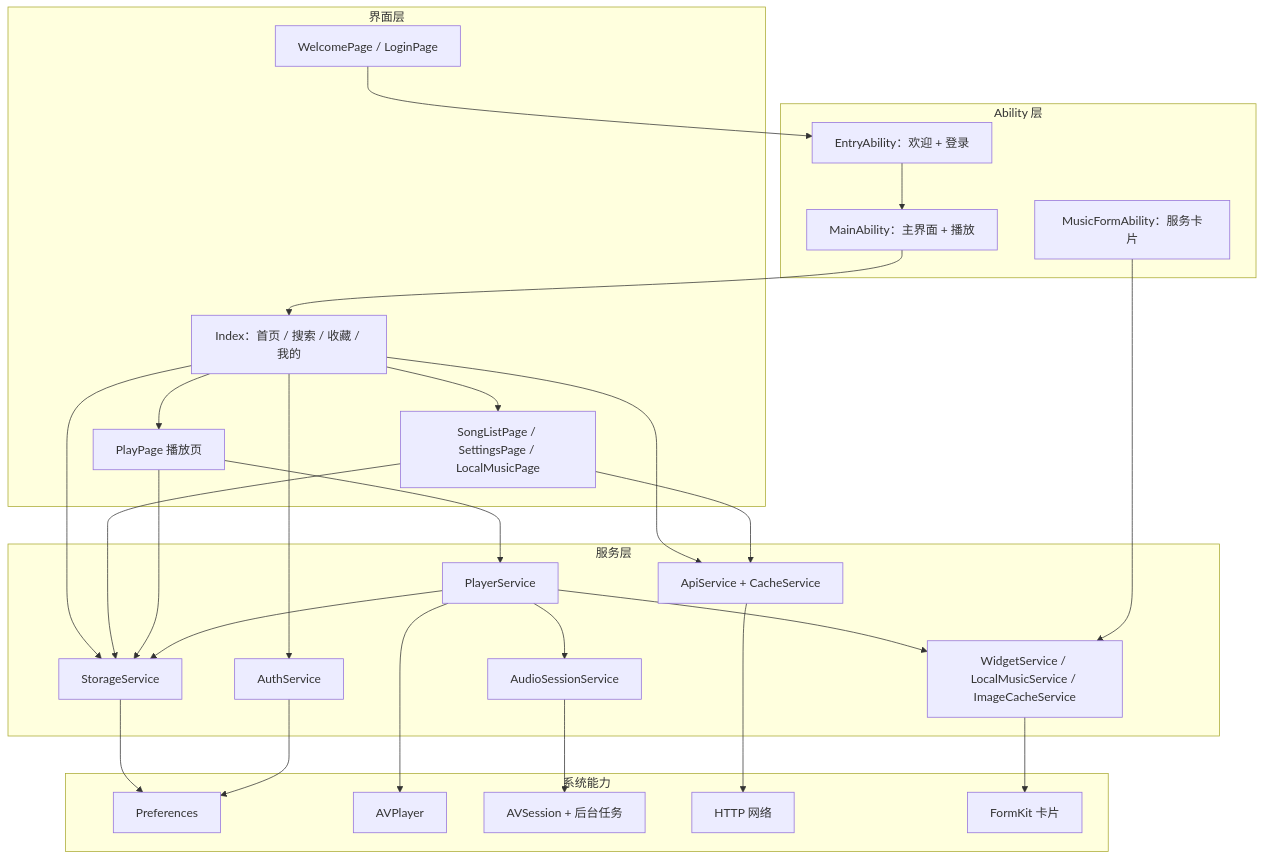
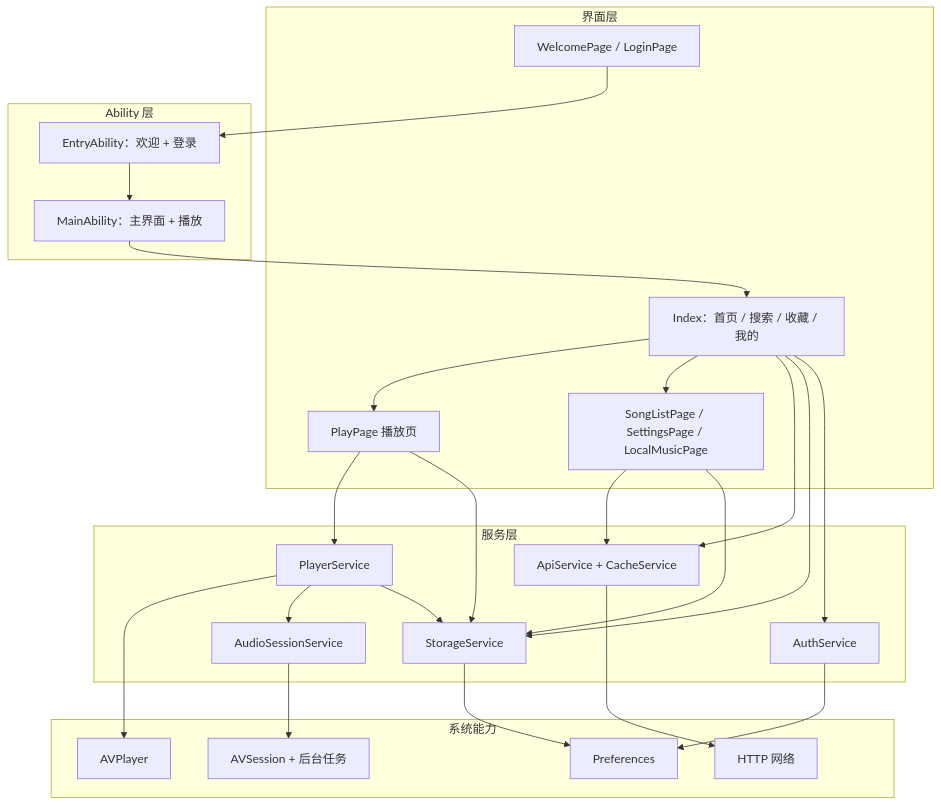
One commit to blowt16/HarmonyMusicApp changed the first of 8 diagrams in docs/学习文档.md. Above: the diagram before and after it, drawn with Mermaid. The commit also changed other lines of this file and 15 other files, not shown here.

````diff
--- a/docs/学习文档.md
+++ b/docs/学习文档.md
@@ -35,55 +34,49 @@
 ```mermaid
 flowchart TB
   subgraph UI["界面层"]
     W["WelcomePage / LoginPage"]
     I["Index：首页 / 搜索 / 收藏 / 我的"]
     P["PlayPage 播放页"]
     S["SongListPage / SettingsPage / LocalMusicPage"]
   end
 
   subgraph ABILITY["Ability 层"]
     E["EntryAbility：欢迎 + 登录"]
     M["MainAbility：主界面 + 播放"]
-    F["MusicFormAbility：服务卡片"]
   end
 
   subgraph SERVICE["服务层"]
     AUTH["AuthService"]
     API["ApiService + CacheService"]
     PLAYER["PlayerService"]
     STORE["StorageService"]
     AUDIO["AudioSessionService"]
-    EXTRA["WidgetService / LocalMusicService / ImageCacheService"]
   end
 
   subgraph SYSTEM["系统能力"]
     PREF["Preferences"]
     AV["AVPlayer"]
     SESSION["AVSession + 后台任务"]
     NET["HTTP 网络"]
-    FORM["FormKit 卡片"]
   end
 
   W --> E
   E --> M
   M --> I
   I --> P
   I --> S
   P --> PLAYER
   I --> API
   I --> STORE
   I --> AUTH
   S --> API
   S --> STORE
   P --> STORE
   PLAYER --> AV
   PLAYER --> AUDIO
   PLAYER --> STORE
-  PLAYER --> EXTRA
   AUDIO --> SESSION
   API --> NET
   STORE --> PREF
   AUTH --> PREF
-  F --> EXTRA
-  EXTRA --> FORM
 ```
````
